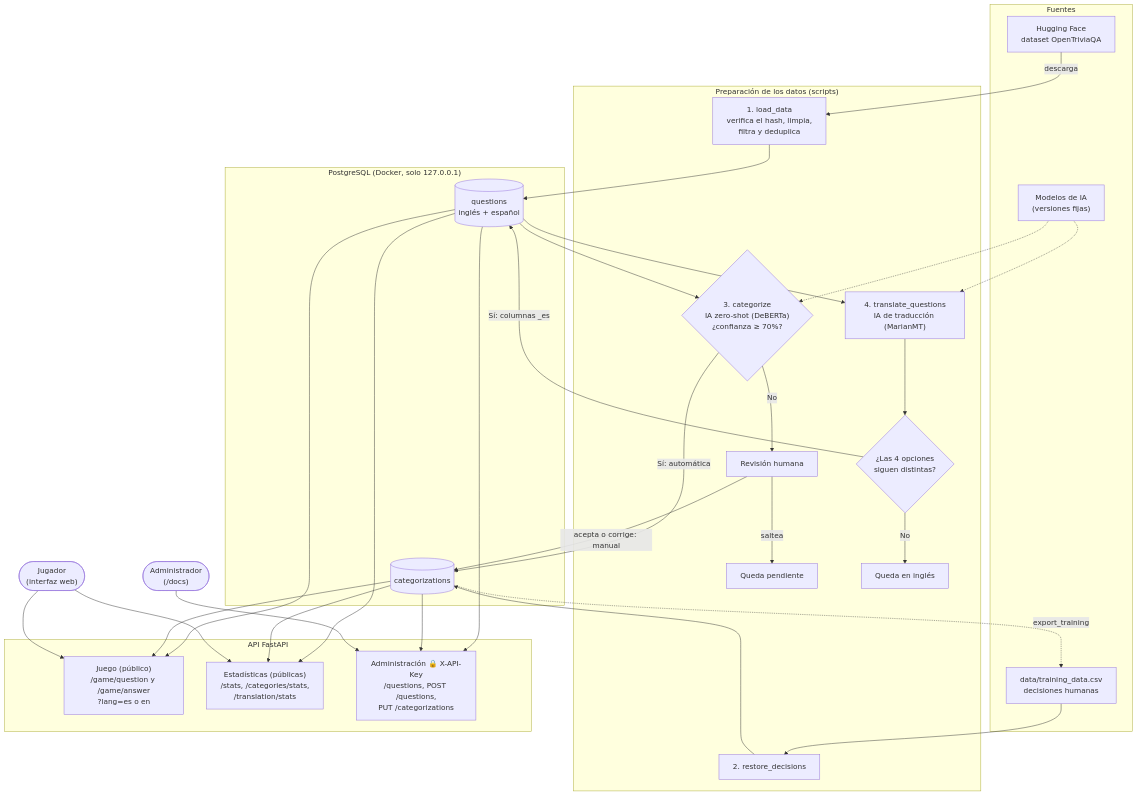
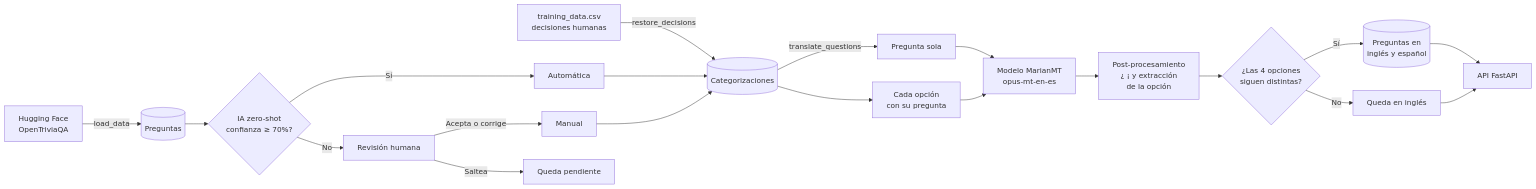
The first of 4 diagrams in README.md (Aetther/Prac-I-Prac-Prof-II-CDIA), drawn with Mermaid before and after one commit. The commit also changed other lines of this file, not shown here.

Commit message:
README: diagrama del flujo completo del backend

````diff
--- a/README.md
+++ b/README.md
@@ -40,58 +40,22 @@
 ```mermaid
-flowchart TB
-    subgraph SRC["Fuentes"]
-        HF["Hugging Face<br/>dataset OpenTriviaQA"]
-        CSV["data/training_data.csv<br/>decisiones humanas"]
-        MOD["Modelos de IA<br/>(versiones fijas)"]
-    end
-
-    subgraph PREP["Preparación de los datos (scripts)"]
-        LD["1. load_data<br/>verifica el hash, limpia,<br/>filtra y deduplica"]
-        RD["2. restore_decisions"]
-        ZS{"3. categorize<br/>IA zero-shot (DeBERTa)<br/>¿confianza ≥ 70%?"}
-        HR["Revisión humana"]
-        PEN["Queda pendiente"]
-        TR["4. translate_questions<br/>IA de traducción (MarianMT)"]
-        DIS{"¿Las 4 opciones<br/>siguen distintas?"}
-        EN["Queda en inglés"]
-    end
-
-    subgraph DB["PostgreSQL (Docker, solo 127.0.0.1)"]
-        Q[("questions<br/>inglés + español")]
-        C[("categorizations")]
-    end
-
-    subgraph API["API FastAPI"]
-        GAME["Juego (público)<br/>/game/question y /game/answer<br/>?lang=es o en"]
-        PUB["Estadísticas (públicas)<br/>/stats, /categories/stats,<br/>/translation/stats"]
-        ADM["Administración 🔒 X-API-Key<br/>/questions, POST /questions,<br/>PUT /categorizations"]
-    end
-
-    PLAYER(["Jugador<br/>(interfaz web)"])
-    ADMIN(["Administrador<br/>(/docs)"])
-
-    HF -->|descarga| LD --> Q
-    CSV --> RD --> C
-    Q --> ZS
-    ZS -->|"Sí: automática"| C
-    ZS -->|No| HR
-    HR -->|"acepta o corrige: manual"| C
-    HR -->|saltea| PEN
-    C -.->|export_training| CSV
-    Q --> TR --> DIS
-    DIS -->|"Sí: columnas _es"| Q
-    DIS -->|No| EN
-    MOD -.-> ZS
-    MOD -.-> TR
-
-    Q --> GAME
-    C --> GAME
-    Q --> PUB
-    C --> PUB
-    Q --> ADM
-    C --> ADM
-
-    PLAYER --> GAME
-    PLAYER --> PUB
-    ADMIN --> ADM
+flowchart LR
+    A[Hugging Face<br/>OpenTriviaQA] -->|load_data| B[(Preguntas)]
+    C[training_data.csv<br/>decisiones humanas] -->|restore_decisions| D[(Categorizaciones)]
+    B --> E{IA zero-shot<br/>confianza ≥ 70%?}
+    E -->|Sí| F[Automática]
+    E -->|No| G[Revisión humana]
+    G -->|Acepta o corrige| H[Manual]
+    G -->|Saltea| I[Queda pendiente]
+    F --> D
+    H --> D
+    D -->|translate_questions| K[Pregunta sola]
+    D --> L["Cada opción<br/>con su pregunta"]
+    K --> M[Modelo MarianMT<br/>opus-mt-en-es]
+    L --> M
+    M --> N["Post-procesamiento<br/>¿ ¡ y extracción<br/>de la opción"]
+    N --> O{¿Las 4 opciones<br/>siguen distintas?}
+    O -->|Sí| P[(Preguntas en<br/>inglés y español)]
+    O -->|No| Q[Queda en inglés]
+    P --> R[API FastAPI]
+    Q --> R
 ```
````
